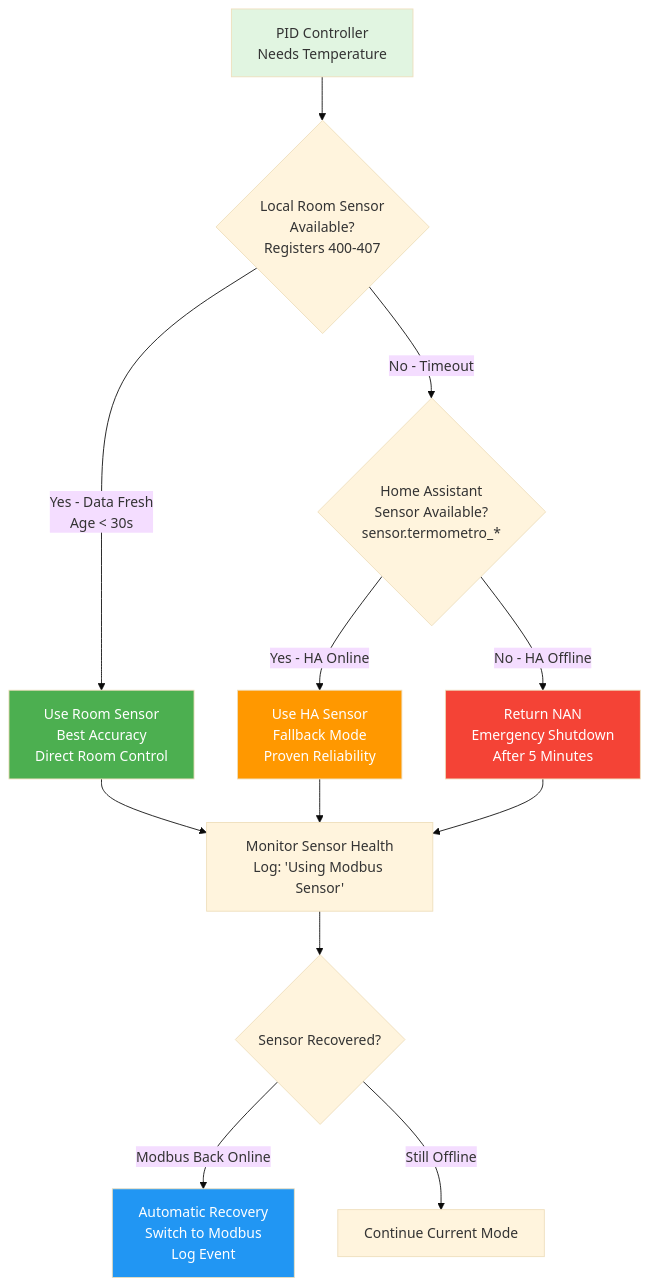
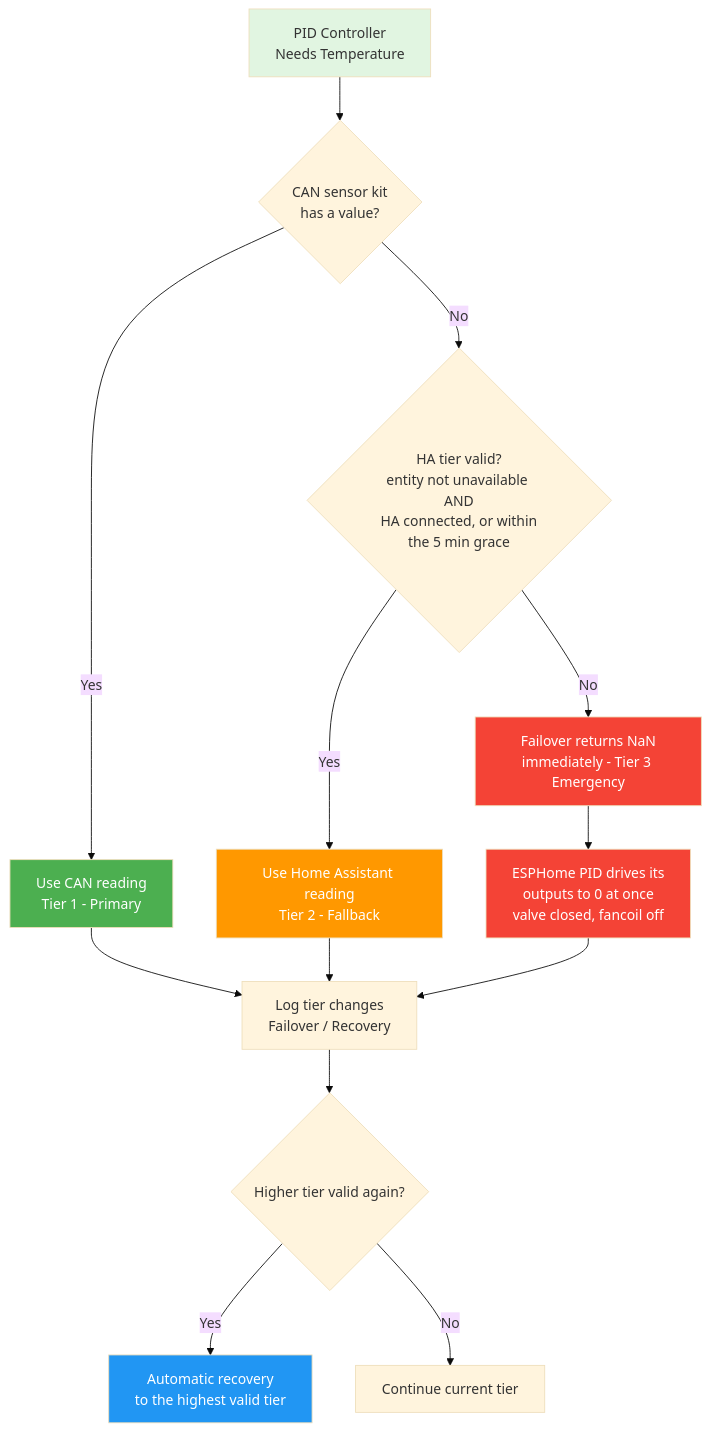
One commit to afmotta/esphome-devices changed the fourth of 8 diagrams in docs/architecture/architecture-diagram.md. Above: the diagram before and after it, drawn with Mermaid (base theme). The commit also changed other lines of this file and 13 other files, not shown here.

````diff
--- a/docs/architecture/architecture-diagram.md
+++ b/docs/architecture/architecture-diagram.md
@@ -180,26 +188,29 @@
 ```mermaid
 graph TD
     Start[PID Controller<br/>Needs Temperature]
-    
-    Start --> CheckModbus{Local Room Sensor<br/>Available?<br/>Registers 400-407}
-    
-    CheckModbus -->|Yes - Data Fresh<br/>Age < 30s| UseModbus[Use Room Sensor<br/>Best Accuracy<br/>Direct Room Control]
-    CheckModbus -->|No - Timeout| CheckHA{Home Assistant<br/>Sensor Available?<br/>sensor.termometro_*}
-    
-    CheckHA -->|Yes - HA Online| UseHA[Use HA Sensor<br/>Fallback Mode<br/>Proven Reliability]
-    CheckHA -->|No - HA Offline| Emergency[Return NAN<br/>Emergency Shutdown<br/>After 5 Minutes]
-    
-    UseModbus --> MonitorHealth[Monitor Sensor Health<br/>Log: 'Using Modbus Sensor']
-    UseHA --> MonitorHealth
-    Emergency --> MonitorHealth
-    
-    MonitorHealth --> Recovery{Sensor Recovered?}
-    Recovery -->|Modbus Back Online| AutoRecover[Automatic Recovery<br/>Switch to Modbus<br/>Log Event]
-    Recovery -->|Still Offline| Continue[Continue Current Mode]
-    
+
+    Start --> CheckCAN{CAN sensor kit<br/>has a value?}
+
+    CheckCAN -->|Yes| UseCAN[Use CAN reading<br/>Tier 1 - Primary]
+    CheckCAN -->|No| CheckHA{HA tier valid?<br/>entity not unavailable AND<br/>HA connected, or within<br/>the 5 min grace}
+
+    CheckHA -->|Yes| UseHA[Use Home Assistant reading<br/>Tier 2 - Fallback]
+    CheckHA -->|No| Emergency[Failover returns NaN<br/>immediately - Tier 3 Emergency]
+
+    Emergency --> PIDZero[ESPHome PID drives its<br/>outputs to 0 at once<br/>valve closed, fancoil off]
+
+    UseCAN --> Log[Log tier changes<br/>Failover / Recovery]
+    UseHA --> Log
+    PIDZero --> Log
+
+    Log --> Recovery{Higher tier valid again?}
+    Recovery -->|Yes| AutoRecover[Automatic recovery<br/>to the highest valid tier]
+    Recovery -->|No| Continue[Continue current tier]
+
     style Start fill:#e1f5e1
-    style UseModbus fill:#4caf50,color:#fff
+    style UseCAN fill:#4caf50,color:#fff
     style UseHA fill:#ff9800,color:#fff
     style Emergency fill:#f44336,color:#fff
+    style PIDZero fill:#f44336,color:#fff
     style AutoRecover fill:#2196f3,color:#fff
 ```
````
